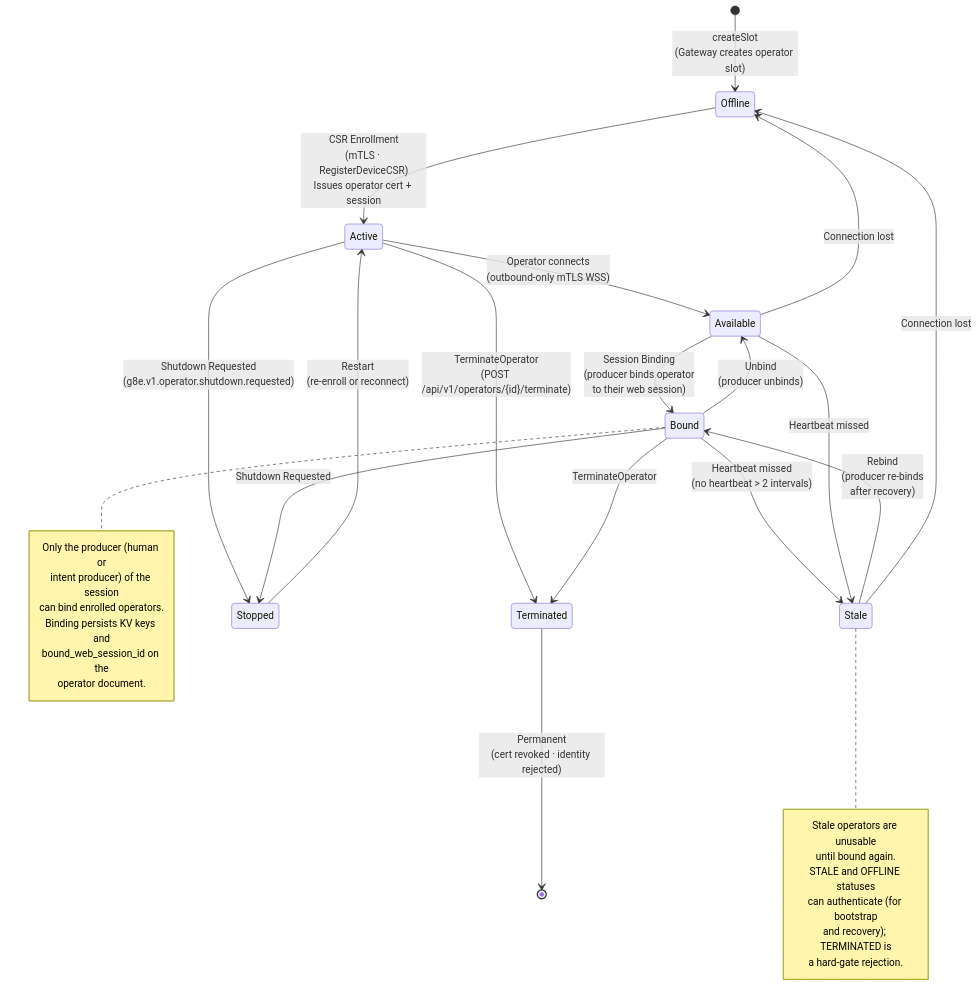
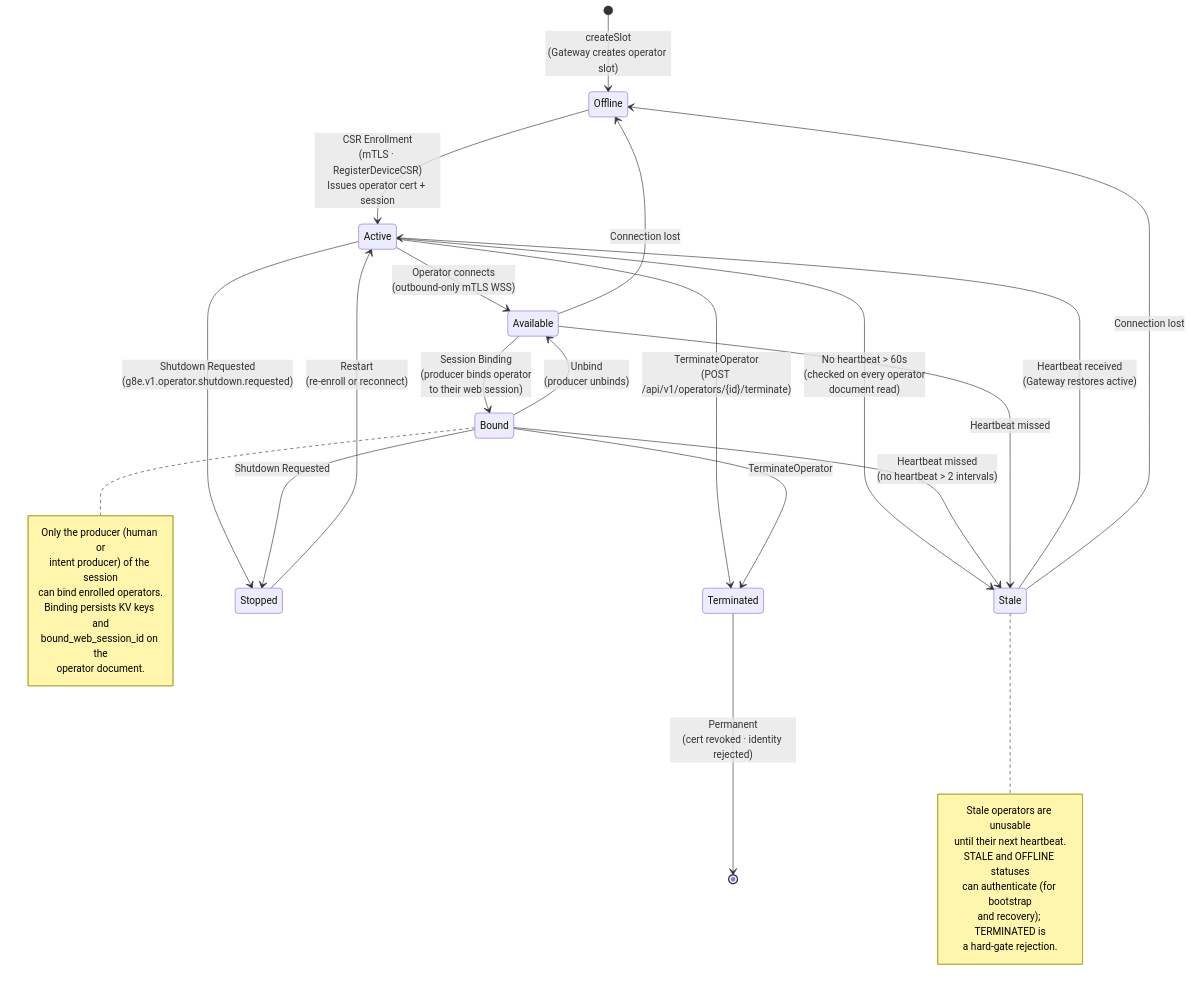
One commit to g8e-ai/g8e changed the diagram in docs/diagrams/graph-operator-lifecycle.md. Above: the diagram before and after it, drawn with Mermaid. The commit also changed other lines of this file and 188 other files, not shown here.

````diff
--- a/docs/diagrams/graph-operator-lifecycle.md
+++ b/docs/diagrams/graph-operator-lifecycle.md
@@ -5,52 +5,54 @@
 ```mermaid
 stateDiagram-v2
     [*] --> Offline: createSlot<br/>(Gateway creates operator slot)
 
     Offline --> Active: CSR Enrollment<br/>(mTLS · RegisterDeviceCSR)<br/>Issues operator cert + session
 
     Active --> Available: Operator connects<br/>(outbound-only mTLS WSS)
 
     Available --> Bound: Session Binding<br/>(producer binds operator<br/>to their web session)
 
     Bound --> Available: Unbind<br/>(producer unbinds)
 
+    Active --> Stale: No heartbeat > 60s<br/>(checked on every operator<br/>document read)
+
     Bound --> Stale: Heartbeat missed<br/>(no heartbeat > 2 intervals)
 
     Available --> Stale: Heartbeat missed
 
-    Stale --> Bound: Rebind<br/>(producer re-binds<br/>after recovery)
+    Stale --> Active: Heartbeat received<br/>(Gateway restores active)
 
     Stale --> Offline: Connection lost
 
     Active --> Stopped: Shutdown Requested<br/>(g8e.v1.operator.shutdown.requested)
 
     Bound --> Stopped: Shutdown Requested
 
     Stopped --> Active: Restart<br/>(re-enroll or reconnect)
 
     Available --> Offline: Connection lost
 
     Active --> Terminated: TerminateOperator<br/>(POST /api/v1/operators/{id}/terminate)
 
     Bound --> Terminated: TerminateOperator
 
     Terminated --> [*]: Permanent<br/>(cert revoked · identity rejected)
 
     note right of Bound
         Only the producer (human or
         intent producer) of the session
         can bind enrolled operators.
         Binding persists KV keys and
         bound_web_session_id on the
         operator document.
     end note
 
     note right of Stale
         Stale operators are unusable
-        until bound again.
+        until their next heartbeat.
         STALE and OFFLINE statuses
         can authenticate (for bootstrap
         and recovery); TERMINATED is
         a hard-gate rejection.
     end note
 ```
````
